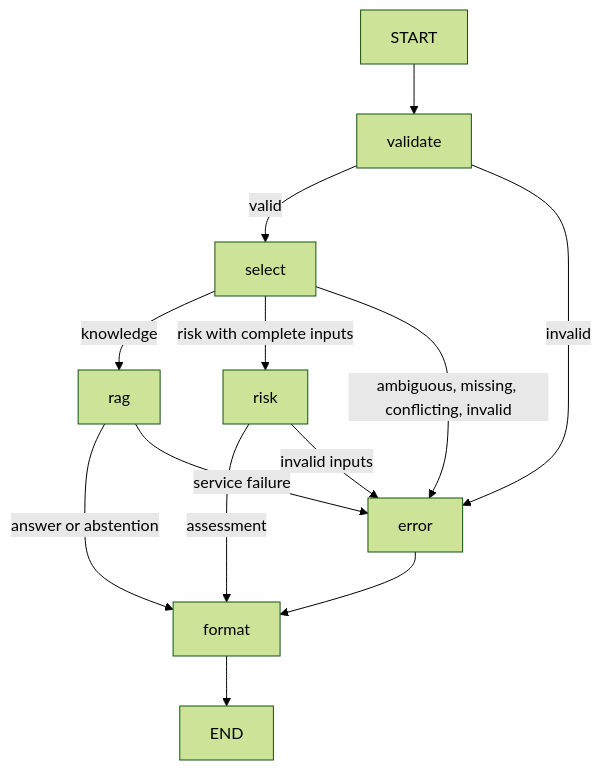
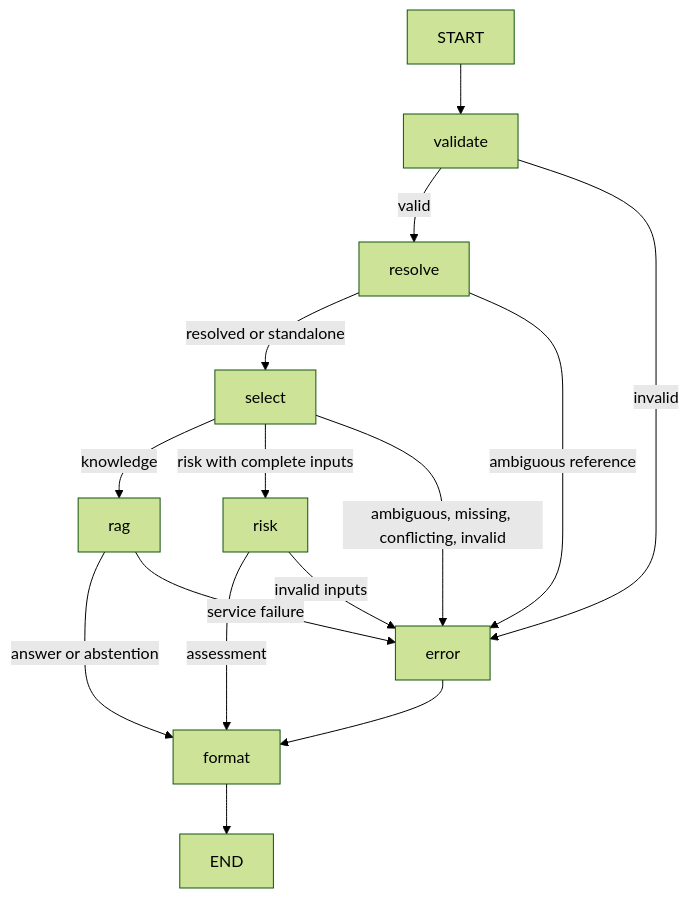
The diagram in README.md (syedamahnoor-sm/cybersage), drawn with Mermaid (forest theme) before and after one commit. The commit also changed other lines of this file and 23 other files, not shown here.

````diff
--- a/README.md
+++ b/README.md
@@ -14,15 +14,17 @@
 ```mermaid
 flowchart TD
     START --> validate
-    validate -->|valid|select
+    validate -->|valid|resolve
     validate -->|invalid|error
+    resolve -->|resolved or standalone|select
+    resolve -->|ambiguous reference|error
     select -->|knowledge|rag
     select -->|risk with complete inputs|risk
     select -->|ambiguous, missing, conflicting, invalid|error
     rag -->|answer or abstention|format
     risk -->|assessment|format
     rag -->|service failure|error
     risk -->|invalid inputs|error
     error --> format
     format --> END
 ```
````
